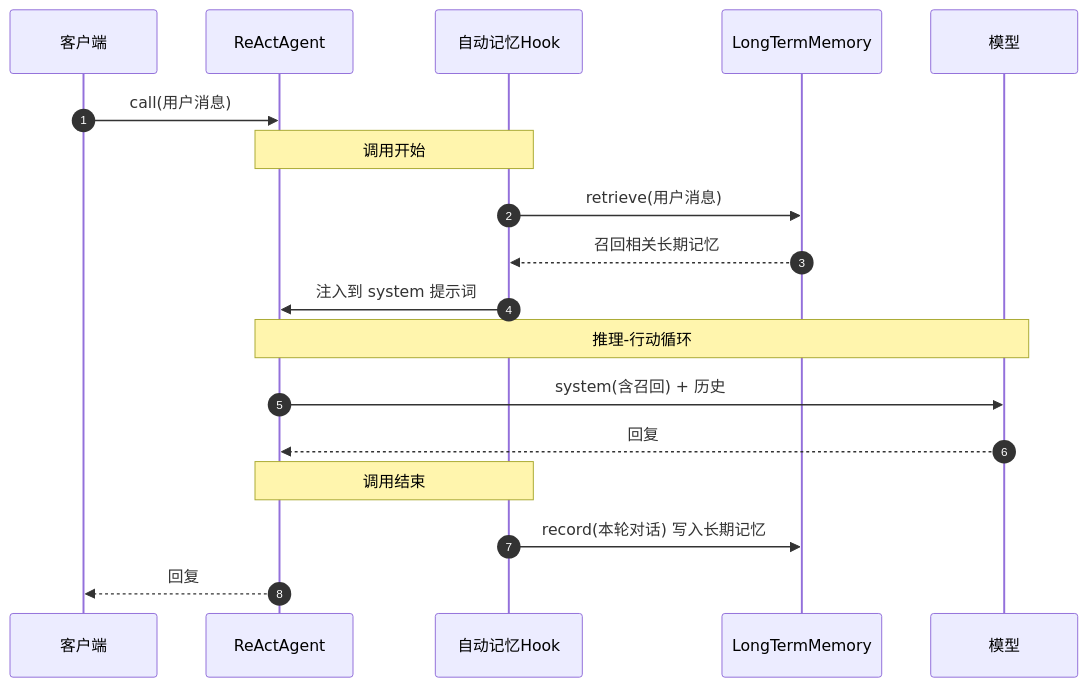
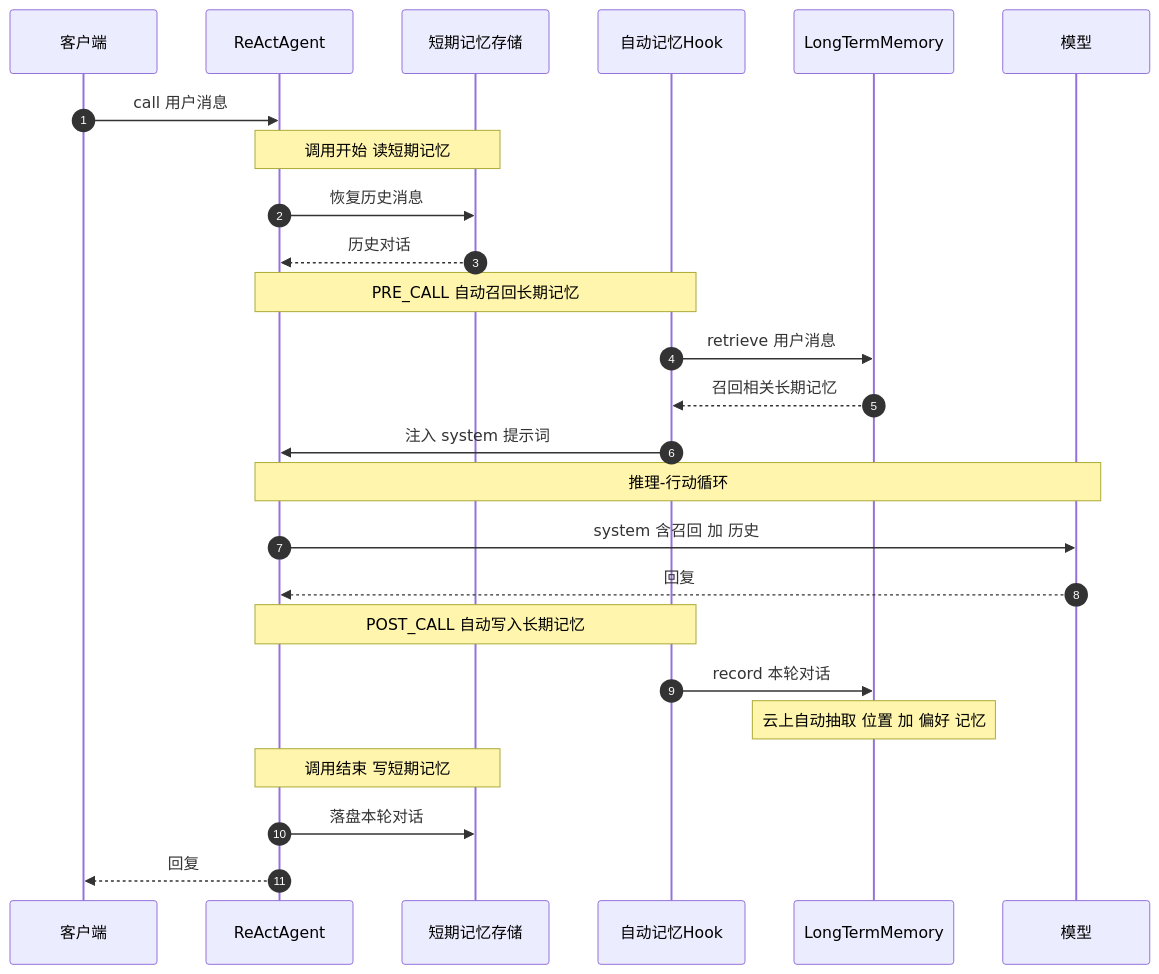
Before and after one commit to gaotong132/agentarts-sdk-java: the second of 6 diagrams in docs/cn/sdk_user_guide/agentscope_memory_customer_guide.md, drawn with Mermaid. The commit also changed other lines of this file, not shown here.

First line of the commit message:
docs(customer): merge short+long into one complete flow diagram; drop STATIC 推荐 mark

````diff
--- a/docs/cn/sdk_user_guide/agentscope_memory_customer_guide.md
+++ b/docs/cn/sdk_user_guide/agentscope_memory_customer_guide.md
@@ -61,21 +61,28 @@
 ```mermaid
 sequenceDiagram
     autonumber
     participant C as 客户端
     participant A as ReActAgent
+    participant S as 短期记忆存储
     participant H as 自动记忆Hook
     participant L as LongTermMemory
     participant MM as 模型
 
-    C->>A: call(用户消息)
-    Note over A,H: 调用开始
-    H->>L: retrieve(用户消息)
+    C->>A: call 用户消息
+    Note over A,S: 调用开始 读短期记忆
+    A->>S: 恢复历史消息
+    S-->>A: 历史对话
+    Note over A,H: PRE_CALL 自动召回长期记忆
+    H->>L: retrieve 用户消息
     L-->>H: 召回相关长期记忆
-    H->>A: 注入到 system 提示词
+    H->>A: 注入 system 提示词
     Note over A,MM: 推理-行动循环
-    A->>MM: system(含召回) + 历史
+    A->>MM: system 含召回 加 历史
     MM-->>A: 回复
-    Note over A,H: 调用结束
-    H->>L: record(本轮对话) 写入长期记忆
+    Note over A,H: POST_CALL 自动写入长期记忆
+    H->>L: record 本轮对话
+    Note over L: 云上自动抽取 位置 加 偏好 记忆
+    Note over A,S: 调用结束 写短期记忆
+    A->>S: 落盘本轮对话
     A-->>C: 回复
 ```
````
